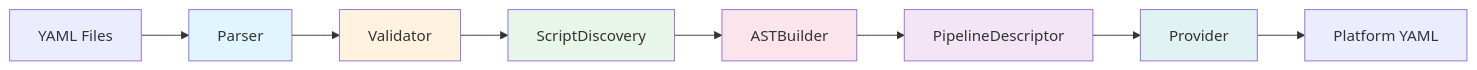
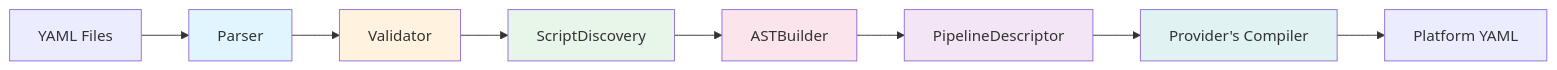
Before and after one commit to RubidiumStudios/genesis: the diagram in docs/ci/dev/compiler-pipeline.md, drawn with Mermaid. The commit also changed other lines of this file and 6 other files, not shown here.

````diff
--- a/docs/ci/dev/compiler-pipeline.md
+++ b/docs/ci/dev/compiler-pipeline.md
@@ -11,17 +11,17 @@
 ```mermaid
 flowchart LR
     A[YAML Files] --> B[Parser]
     B --> C[Validator]
     C --> D[ScriptDiscovery]
     D --> E[ASTBuilder]
     E --> F[PipelineDescriptor]
-    F --> G[Provider]
+    F --> G[Provider's Compiler]
     G --> H[Platform YAML]
 
     style B fill:#e1f5fe
     style C fill:#fff3e0
     style D fill:#e8f5e9
     style E fill:#fce4ec
     style F fill:#f3e5f5
     style G fill:#e0f2f1
 ```
````
